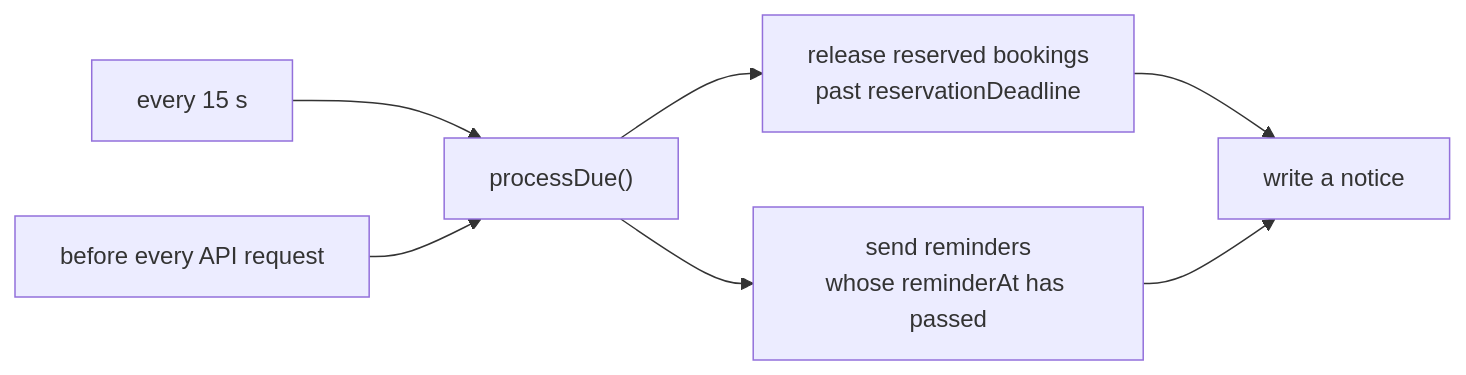
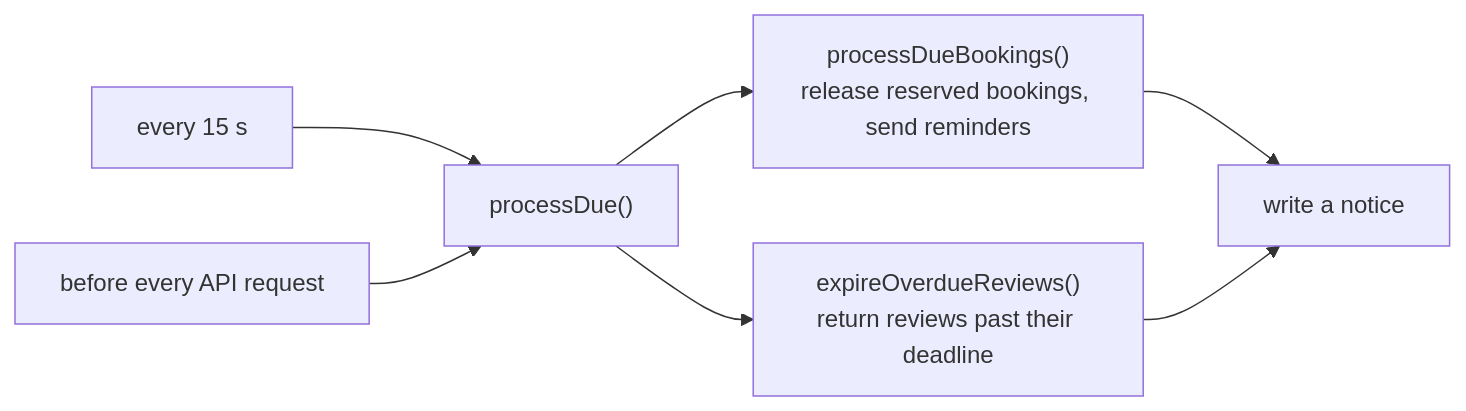
Before and after one commit to ToxicH3104/Year3_Software_Engineer_Project: the sixth of 7 diagrams in wiki/Workflows.md, drawn with Mermaid. The commit also changed other lines of this file and 9 other files, not shown here.

````diff
--- a/wiki/Workflows.md
+++ b/wiki/Workflows.md
@@ -160,9 +160,9 @@
 ```mermaid
 flowchart LR
     T["every 15 s"] --> P["processDue()"]
     R["before every API request"] --> P
-    P --> A["release reserved bookings<br/>past reservationDeadline"]
-    P --> B["send reminders<br/>whose reminderAt has passed"]
+    P --> A["processDueBookings()<br/>release reserved bookings, send reminders"]
+    P --> B["expireOverdueReviews()<br/>return reviews past their deadline"]
     A --> N["write a notice"]
     B --> N
 ```
````
